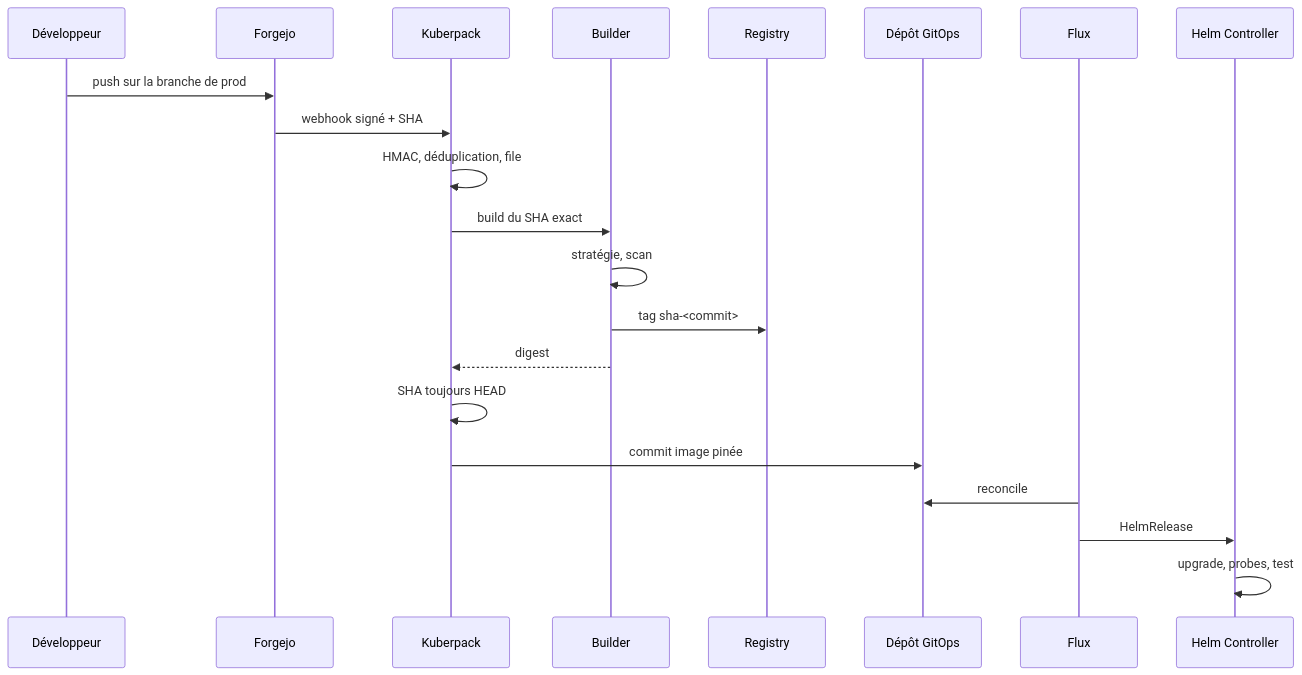
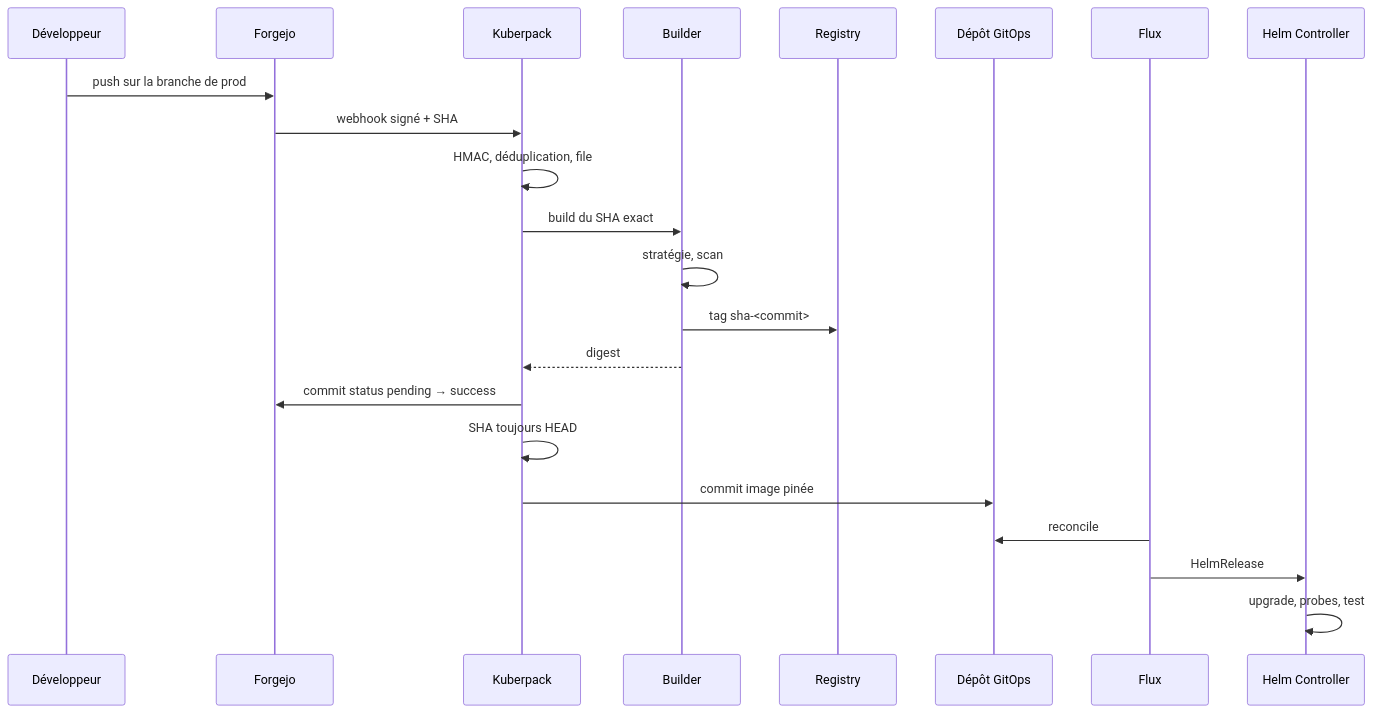
One commit to purrsec/kuberpack changed the diagram in docs/flows.md. Above: the diagram before and after it, drawn with Mermaid. The commit also changed 6 other files, not shown here.

````diff
--- a/docs/flows.md
+++ b/docs/flows.md
@@ -15,24 +15,25 @@
 ```mermaid
 sequenceDiagram
     participant Dev as Développeur
     participant F as Forgejo
     participant K as Kuberpack
     participant B as Builder
     participant R as Registry
     participant G as Dépôt GitOps
     participant X as Flux
     participant H as Helm Controller
 
     Dev->>F: push sur la branche de prod
     F->>K: webhook signé + SHA
     K->>K: HMAC, déduplication, file
     K->>B: build du SHA exact
     B->>B: stratégie, scan
     B->>R: tag sha-<commit>
     B-->>K: digest
+    K->>F: commit status pending → success
     K->>K: SHA toujours HEAD
     K->>G: commit image pinée
     X->>G: reconcile
     X->>H: HelmRelease
     H->>H: upgrade, probes, test
 ```
````
